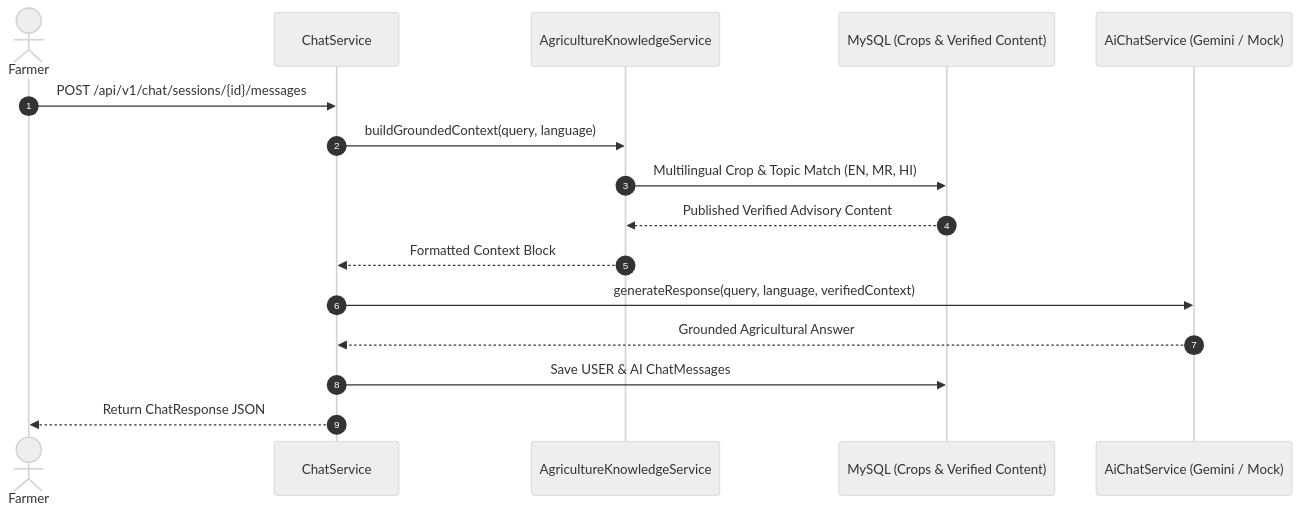
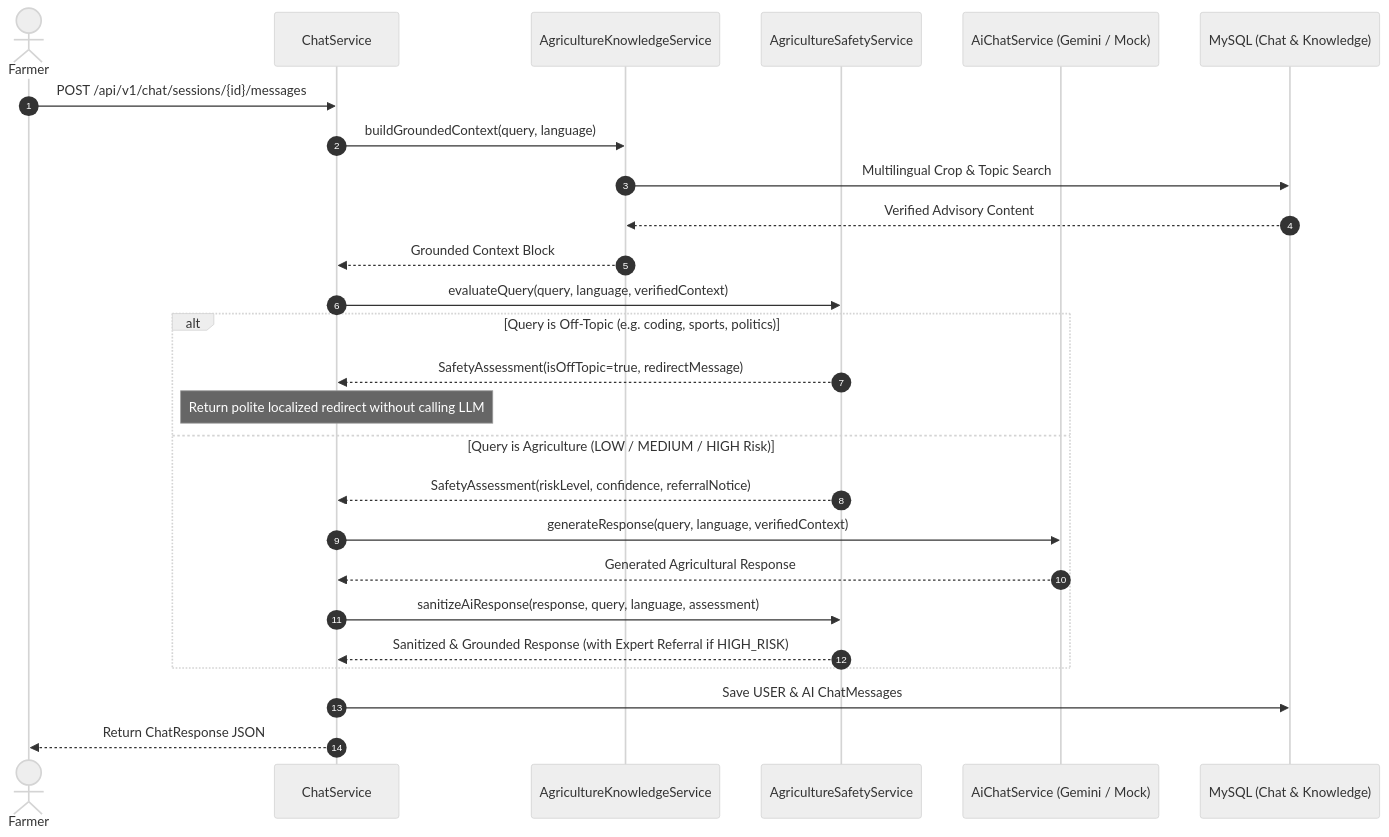
One commit to Tejram9/Smart-Krishi-Sahayak changed the third of 3 diagrams in docs/ARCHITECTURE.md. Above: the diagram before and after it, drawn with Mermaid (neutral theme). The commit also changed other lines of this file and 11 other files, not shown here.

Commit message:
feat(ai): add responsible AI safety and expert referral layer

````diff
--- a/docs/ARCHITECTURE.md
+++ b/docs/ARCHITECTURE.md
@@ -264,19 +273,31 @@
 ```mermaid
 sequenceDiagram
     autonumber
     actor Farmer as Farmer
     participant CS as ChatService
     participant KS as AgricultureKnowledgeService
-    participant DB as MySQL (Crops & Verified Content)
+    participant SS as AgricultureSafetyService
     participant AI as AiChatService (Gemini / Mock)
+    participant DB as MySQL (Chat & Knowledge)
 
     Farmer->>CS: POST /api/v1/chat/sessions/{id}/messages
     CS->>KS: buildGroundedContext(query, language)
-    KS->>DB: Multilingual Crop & Topic Match (EN, MR, HI)
-    DB-->>KS: Published Verified Advisory Content
-    KS-->>CS: Formatted Context Block
-    CS->>AI: generateResponse(query, language, verifiedContext)
-    AI-->>CS: Grounded Agricultural Answer
+    KS->>DB: Multilingual Crop & Topic Search
+    DB-->>KS: Verified Advisory Content
+    KS-->>CS: Grounded Context Block
+    
+    CS->>SS: evaluateQuery(query, language, verifiedContext)
+    alt Query is Off-Topic (e.g. coding, sports, politics)
+        SS-->>CS: SafetyAssessment(isOffTopic=true, redirectMessage)
+        Note over CS: Return polite localized redirect without calling LLM
+    else Query is Agriculture (LOW / MEDIUM / HIGH Risk)
+        SS-->>CS: SafetyAssessment(riskLevel, confidence, referralNotice)
+        CS->>AI: generateResponse(query, language, verifiedContext)
+        AI-->>CS: Generated Agricultural Response
+        CS->>SS: sanitizeAiResponse(response, query, language, assessment)
+        SS-->>CS: Sanitized & Grounded Response (with Expert Referral if HIGH_RISK)
+    end
+    
     CS->>DB: Save USER & AI ChatMessages
     CS-->>Farmer: Return ChatResponse JSON
 ```
````
